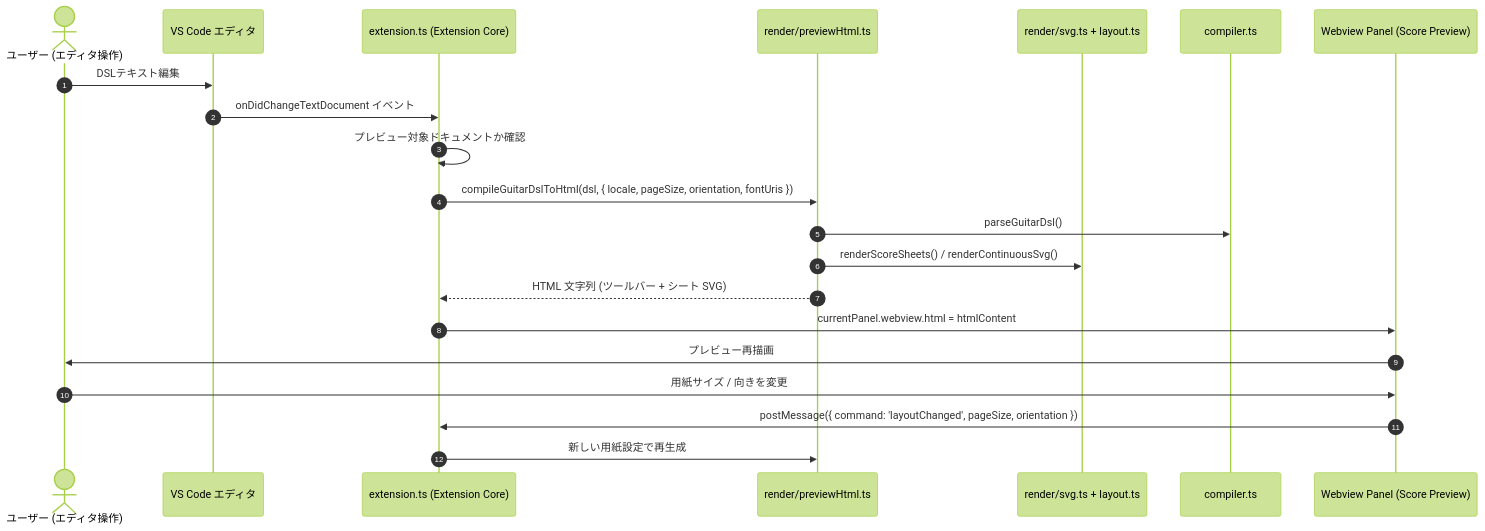
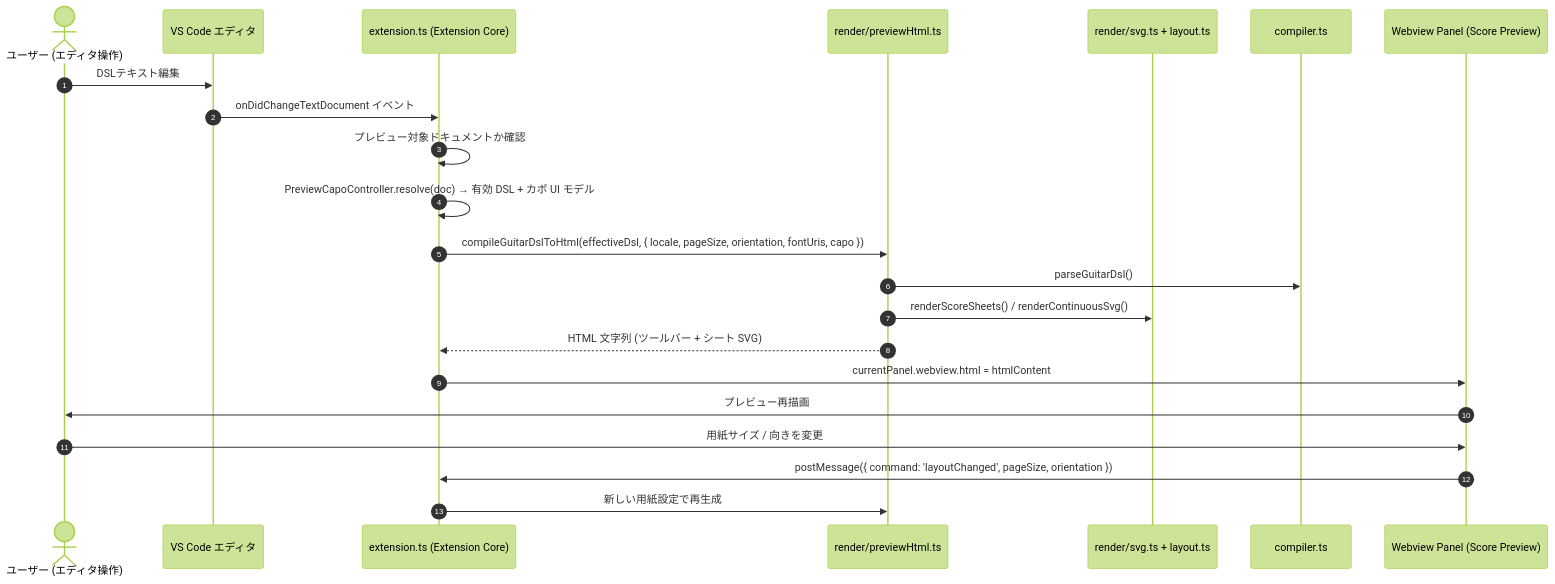
One commit to puchinya/vscode-guitar-dsl changed the second of 5 diagrams in docs/design/architecture.md. Above: the diagram before and after it, drawn with Mermaid (forest theme). The commit also changed other lines of this file and 17 other files, not shown here.

First line of the commit message:
feat: add reusable capo inference, score settings editor, and preview capo override (#62)

````diff
--- a/docs/design/architecture.md
+++ b/docs/design/architecture.md
@@ -271,24 +309,25 @@
 ```mermaid
 sequenceDiagram
     autonumber
     actor User as ユーザー (エディタ操作)
     participant Editor as VS Code エディタ
     participant Ext as extension.ts (Extension Core)
     participant Html as render/previewHtml.ts
     participant Svg as render/svg.ts + layout.ts
     participant Comp as compiler.ts
     participant WV as Webview Panel (Score Preview)
 
     User->>Editor: DSLテキスト編集
     Editor->>Ext: onDidChangeTextDocument イベント
     Ext->>Ext: プレビュー対象ドキュメントか確認
-    Ext->>Html: compileGuitarDslToHtml(dsl, { locale, pageSize, orientation, fontUris })
+    Ext->>Ext: PreviewCapoController.resolve(doc) → 有効 DSL + カポ UI モデル
+    Ext->>Html: compileGuitarDslToHtml(effectiveDsl, { locale, pageSize, orientation, fontUris, capo })
     Html->>Comp: parseGuitarDsl()
     Html->>Svg: renderScoreSheets() / renderContinuousSvg()
     Html-->>Ext: HTML 文字列 (ツールバー + シート SVG)
     Ext->>WV: currentPanel.webview.html = htmlContent
     WV->>User: プレビュー再描画
     User->>WV: 用紙サイズ / 向きを変更
     WV->>Ext: postMessage({ command: 'layoutChanged', pageSize, orientation })
     Ext->>Html: 新しい用紙設定で再生成
 ```
````
